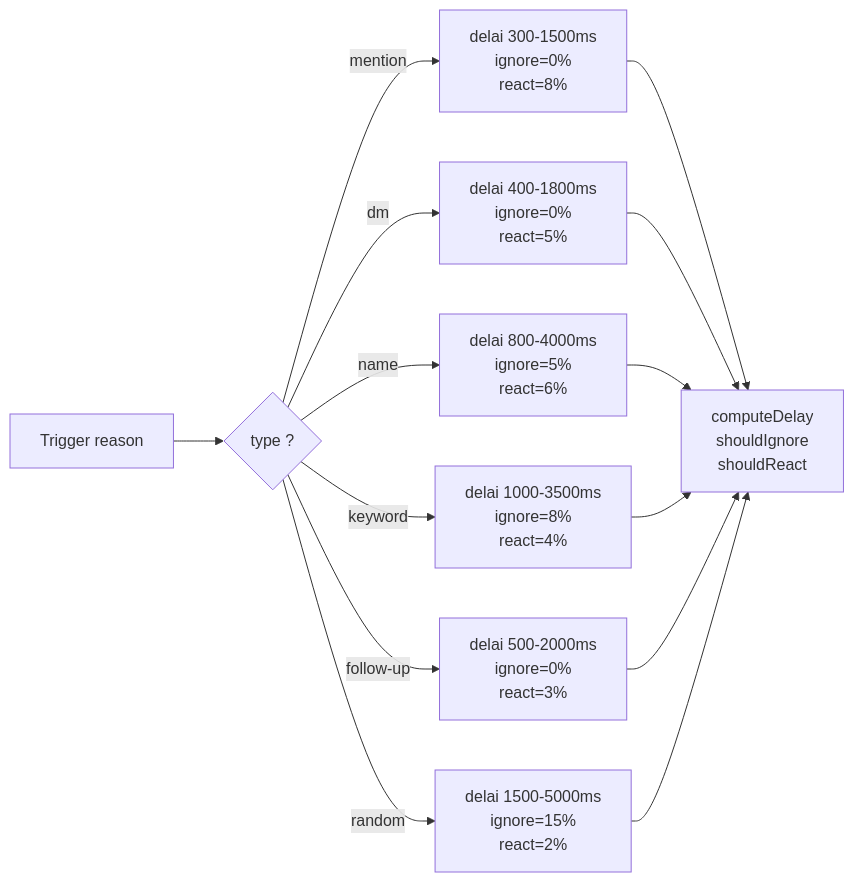
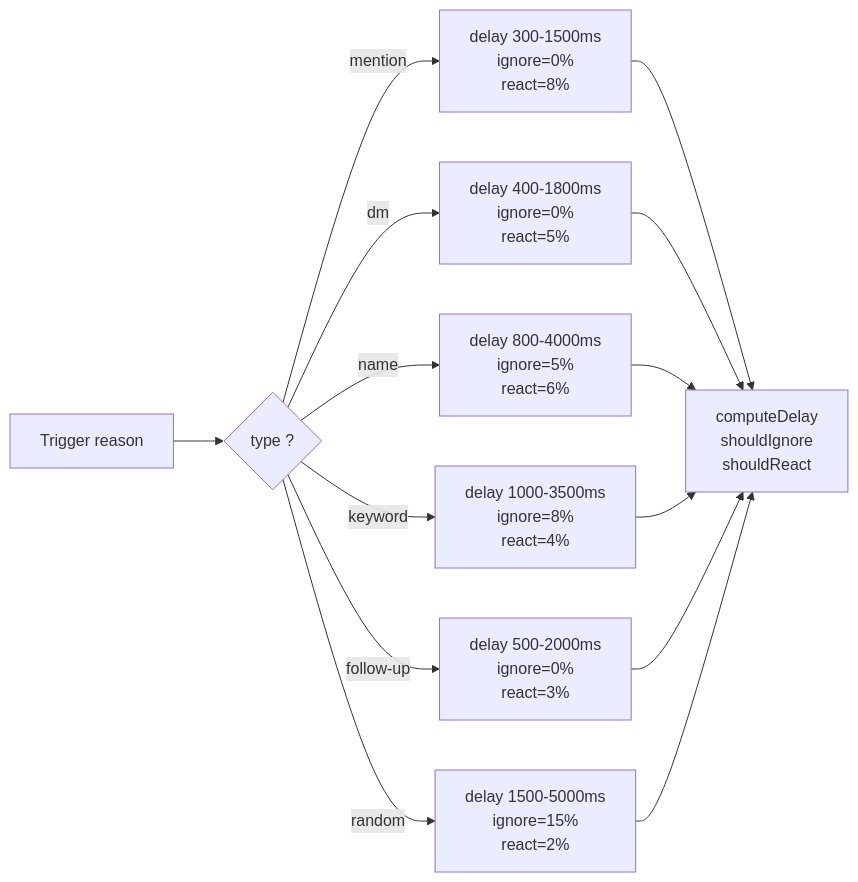
Before and after one commit to protocol-luna/krystal: the third of 14 diagrams in README.md, drawn with Mermaid. The commit also changed other lines of this file and 47 other files, not shown here.

Commit message:
translate all docs to English, dark theme diagrams, add export script

````diff
--- a/README.md
+++ b/README.md
@@ -236,11 +236,11 @@
 ```mermaid
 flowchart LR
     A[Trigger reason] --> B{type ?}
-    B -- mention --> C["delai 300-1500ms\nignore=0%\nreact=8%"]
-    B -- dm --> D["delai 400-1800ms\nignore=0%\nreact=5%"]
-    B -- name --> E["delai 800-4000ms\nignore=5%\nreact=6%"]
-    B -- keyword --> F["delai 1000-3500ms\nignore=8%\nreact=4%"]
-    B -- follow-up --> G["delai 500-2000ms\nignore=0%\nreact=3%"]
-    B -- random --> H["delai 1500-5000ms\nignore=15%\nreact=2%"]
+    B -- mention --> C["delay 300-1500ms\nignore=0%\nreact=8%"]
+    B -- dm --> D["delay 400-1800ms\nignore=0%\nreact=5%"]
+    B -- name --> E["delay 800-4000ms\nignore=5%\nreact=6%"]
+    B -- keyword --> F["delay 1000-3500ms\nignore=8%\nreact=4%"]
+    B -- follow-up --> G["delay 500-2000ms\nignore=0%\nreact=3%"]
+    B -- random --> H["delay 1500-5000ms\nignore=15%\nreact=2%"]
     C & D & E & F & G & H --> I[computeDelay\nshouldIgnore\nshouldReact]
 ```
````
